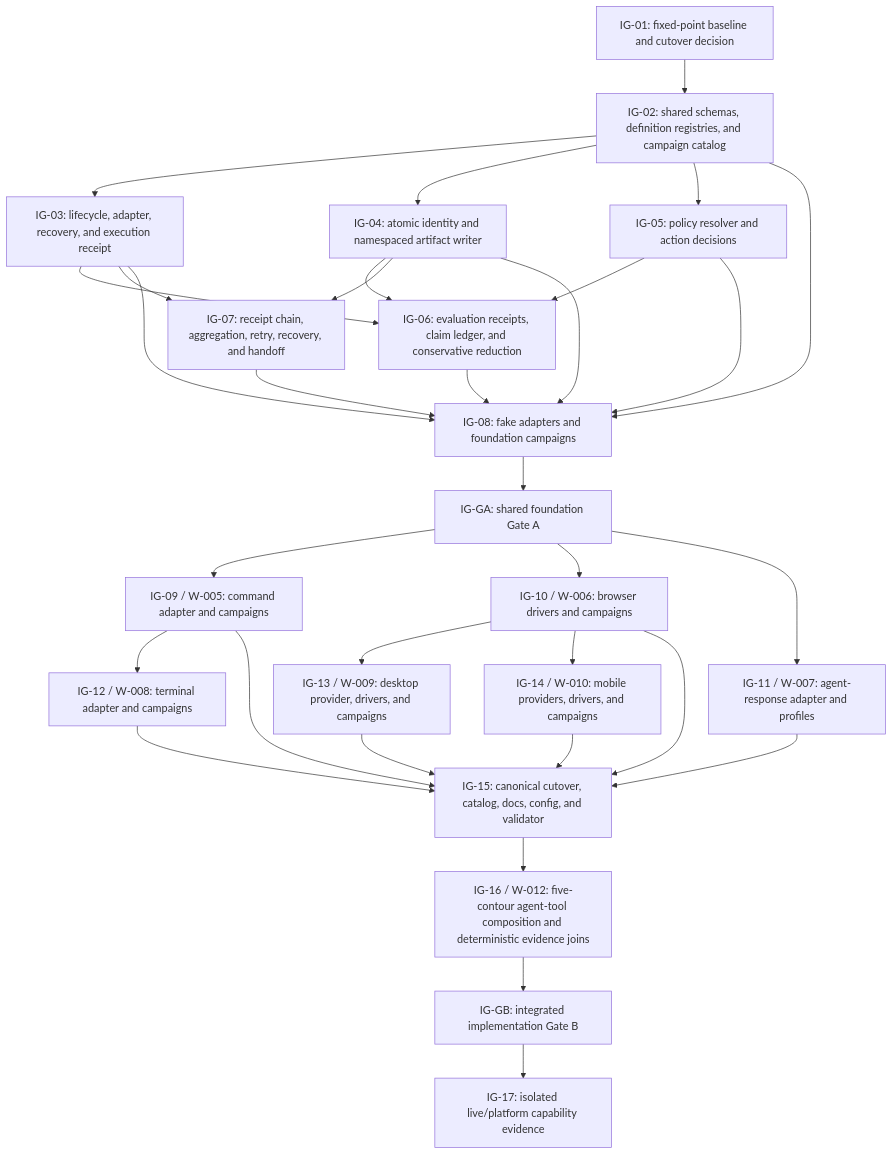
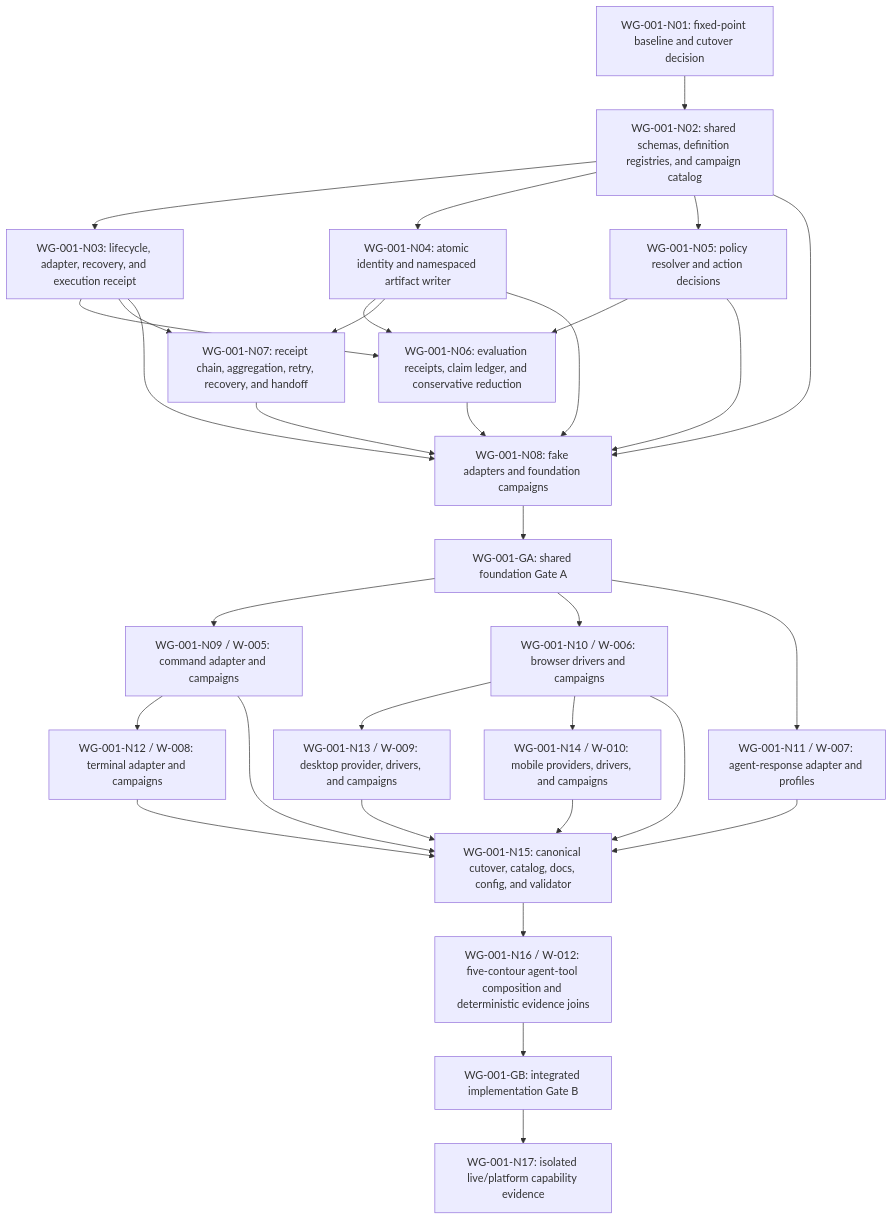
One commit to oleksandr-rud/cascade-codex changed the diagram in docs/work/reports/2026-07-27-cross-surface-simulation-work-graph.md. Above: the diagram before and after it, drawn with Mermaid. The commit also changed other lines of this file and 59 other files, not shown here.

First line of the commit message:
feat: add exclusive JSON writing function and enhance command execution options

````diff
--- a/docs/work/reports/2026-07-27-cross-surface-simulation-work-graph.md
+++ b/docs/work/reports/2026-07-27-cross-surface-simulation-work-graph.md
@@ -129,58 +135,58 @@
 ```mermaid
 flowchart TD
-    N01["IG-01: fixed-point baseline and cutover decision"]
-    N02["IG-02: shared schemas, definition registries, and campaign catalog"]
-    N03["IG-03: lifecycle, adapter, recovery, and execution receipt"]
-    N04["IG-04: atomic identity and namespaced artifact writer"]
-    N05["IG-05: policy resolver and action decisions"]
-    N06["IG-06: evaluation receipts, claim ledger, and conservative reduction"]
-    N07["IG-07: receipt chain, aggregation, retry, recovery, and handoff"]
-    N08["IG-08: fake adapters and foundation campaigns"]
-    GA["IG-GA: shared foundation Gate A"]
+    N01["WG-001-N01: fixed-point baseline and cutover decision"]
+    N02["WG-001-N02: shared schemas, definition registries, and campaign catalog"]
+    N03["WG-001-N03: lifecycle, adapter, recovery, and execution receipt"]
+    N04["WG-001-N04: atomic identity and namespaced artifact writer"]
+    N05["WG-001-N05: policy resolver and action decisions"]
+    N06["WG-001-N06: evaluation receipts, claim ledger, and conservative reduction"]
+    N07["WG-001-N07: receipt chain, aggregation, retry, recovery, and handoff"]
+    N08["WG-001-N08: fake adapters and foundation campaigns"]
+    GA["WG-001-GA: shared foundation Gate A"]
 
-    N09["IG-09 / W-005: command adapter and campaigns"]
-    N10["IG-10 / W-006: browser drivers and campaigns"]
-    N11["IG-11 / W-007: agent-response adapter and profiles"]
-    N12["IG-12 / W-008: terminal adapter and campaigns"]
-    N13["IG-13 / W-009: desktop provider, drivers, and campaigns"]
-    N14["IG-14 / W-010: mobile providers, drivers, and campaigns"]
+    N09["WG-001-N09 / W-005: command adapter and campaigns"]
+    N10["WG-001-N10 / W-006: browser drivers and campaigns"]
+    N11["WG-001-N11 / W-007: agent-response adapter and profiles"]
+    N12["WG-001-N12 / W-008: terminal adapter and campaigns"]
+    N13["WG-001-N13 / W-009: desktop provider, drivers, and campaigns"]
+    N14["WG-001-N14 / W-010: mobile providers, drivers, and campaigns"]
 
-    N15["IG-15: canonical cutover, catalog, docs, config, and validator"]
-    N16["IG-16 / W-012: five-contour agent-tool composition and deterministic evidence joins"]
-    GB["IG-GB: integrated implementation Gate B"]
-    N17["IG-17: isolated live/platform capability evidence"]
+    N15["WG-001-N15: canonical cutover, catalog, docs, config, and validator"]
+    N16["WG-001-N16 / W-012: five-contour agent-tool composition and deterministic evidence joins"]
+    GB["WG-001-GB: integrated implementation Gate B"]
+    N17["WG-001-N17: isolated live/platform capability evidence"]
 
     N01 --> N02
     N02 --> N03
     N02 --> N04
     N02 --> N05
     N03 --> N06
     N04 --> N06
     N05 --> N06
     N03 --> N07
     N04 --> N07
     N02 --> N08
     N03 --> N08
     N04 --> N08
     N05 --> N08
     N06 --> N08
     N07 --> N08
     N08 --> GA
 
     GA --> N09
     GA --> N10
     GA --> N11
     N09 --> N12
     N10 --> N13
     N10 --> N14
 
     N09 --> N15
     N10 --> N15
     N11 --> N15
     N12 --> N15
     N13 --> N15
     N14 --> N15
     N15 --> N16
     N16 --> GB
     GB --> N17
 ```
````
